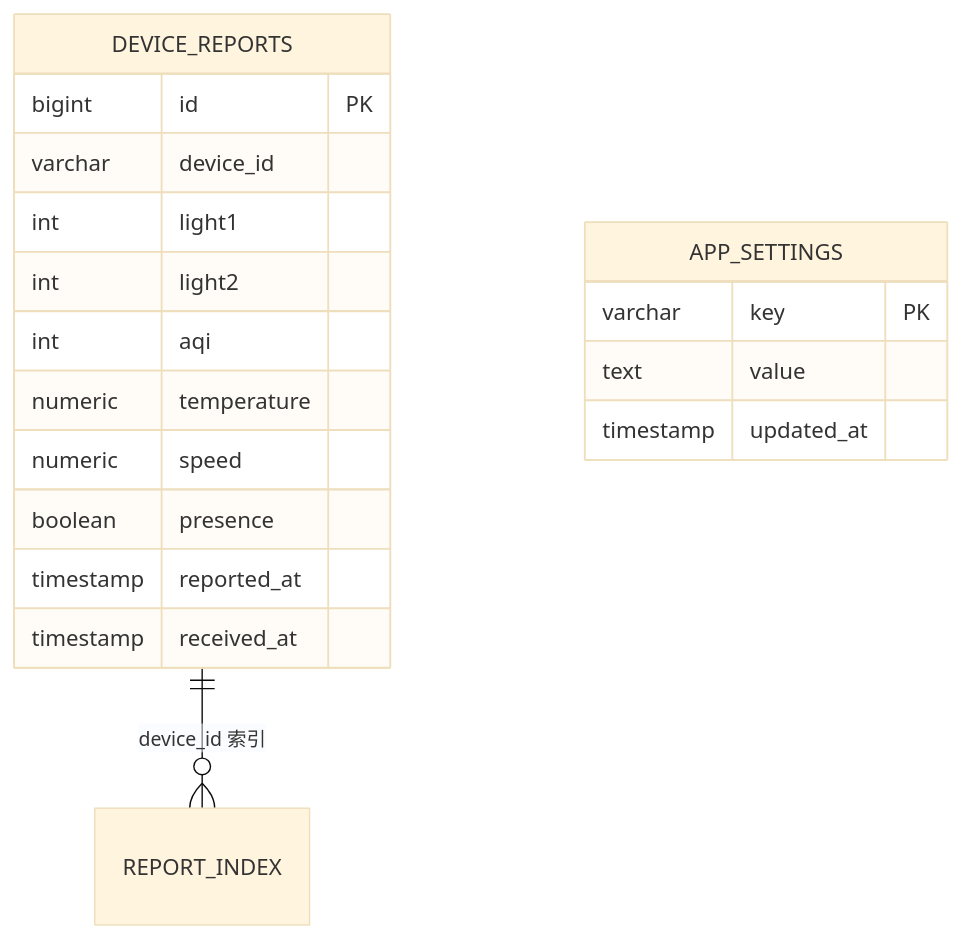
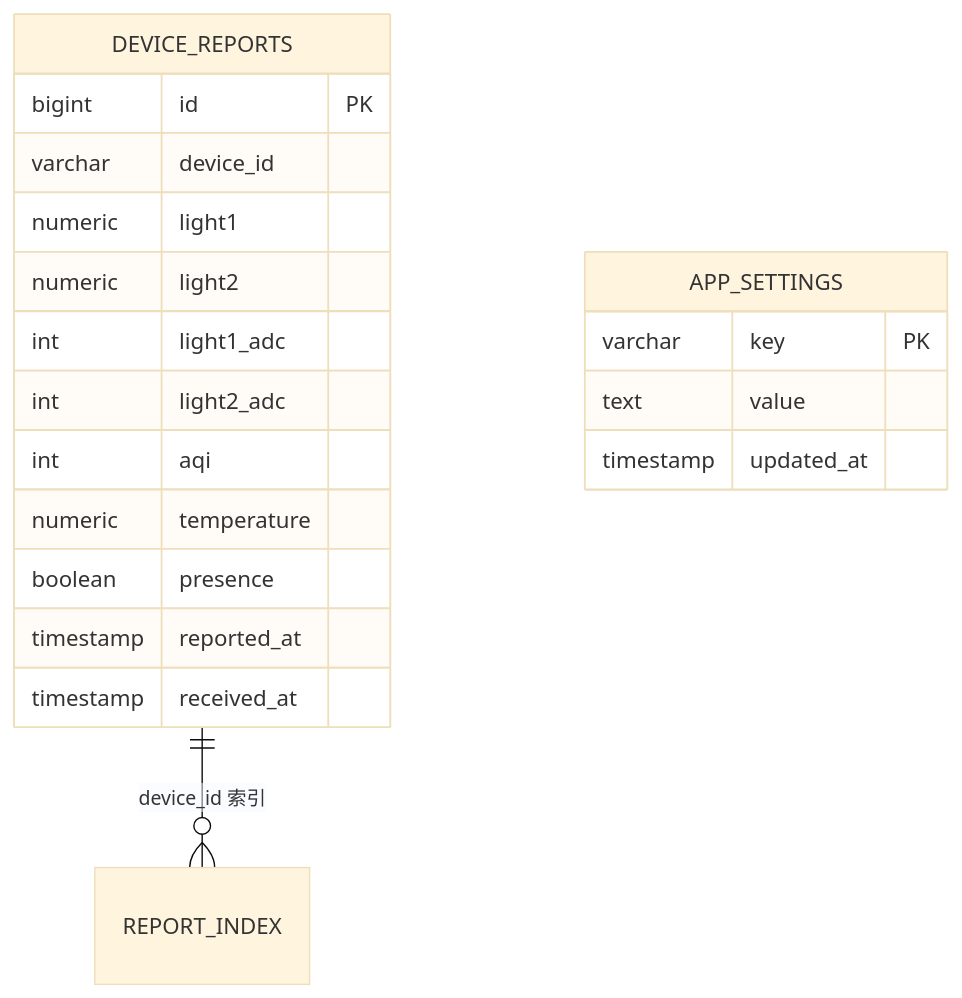
One commit to rukaax/MontiClass.ManagementServer changed the third of 3 diagrams in .trae/documents/technical-architecture.md. Above: the diagram before and after it, drawn with Mermaid (base theme). The commit also changed other lines of this file and 21 other files, not shown here.

````diff
--- a/.trae/documents/technical-architecture.md
+++ b/.trae/documents/technical-architecture.md
@@ -143,21 +145,22 @@
 ```mermaid
 erDiagram
     DEVICE_REPORTS ||--o{ REPORT_INDEX : "device_id 索引"
     DEVICE_REPORTS {
         bigint id PK
         varchar device_id
-        int light1
-        int light2
+        numeric light1
+        numeric light2
+        int light1_adc
+        int light2_adc
         int aqi
         numeric temperature
-        numeric speed
         boolean presence
         timestamp reported_at
         timestamp received_at
     }
     APP_SETTINGS {
         varchar key PK
         text value
         timestamp updated_at
     }
 ```
````
